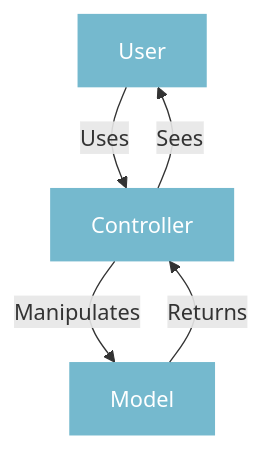
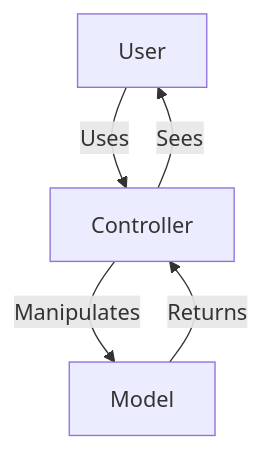
One commit to JerBouma/jerbouma.github.io changed the second of 9 diagrams in _pages/coding/structuring-your-model.md. Above: the diagram before and after it, drawn with Mermaid. The commit also changed other lines of this file and 90 other files, not shown here.

```diff
--- a/_pages/coding/structuring-your-model.md
+++ b/_pages/coding/structuring-your-model.md
@@ -44,8 +32,7 @@
 <div class="mermaid">
 flowchart TB;
-classDef boxfont fill:#3b9cba,stroke-width:0px,fill-opacity:0.7,color:white,radius:20px;
-Step0["User"] -- Uses -->  Step1["Controller"]:::boxfont
-Step1["Controller"] -- Manipulates --> Step2["Model"]:::boxfont
-Step2["Model"] -- Returns --> Step1["Controller"]:::boxfont
-Step1["Controller"] -- Sees --> Step0["User"]:::boxfont
+Step0["User"] -- Uses -->  Step1["Controller"]
+Step1["Controller"] -- Manipulates --> Step2["Model"]
+Step2["Model"] -- Returns --> Step1["Controller"]
+Step1["Controller"] -- Sees --> Step0["User"]
 </div>
```
